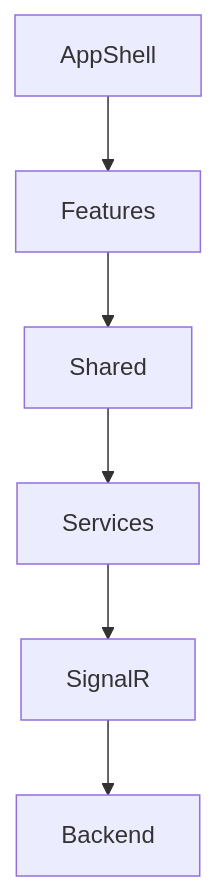
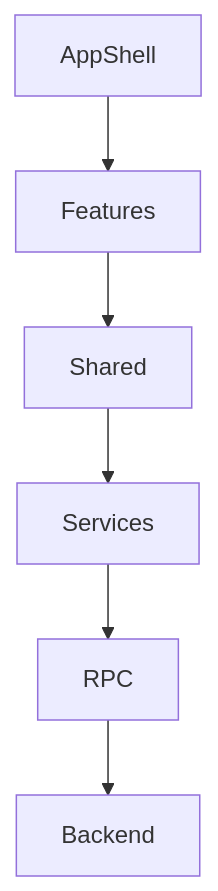
The diagram in frontend/docs/en/overview.md (thnhmai06/SlideGenerator), drawn with Mermaid before and after one commit. The commit also changed other lines of this file and 286 other files, not shown here.

````diff
--- a/frontend/docs/en/overview.md
+++ b/frontend/docs/en/overview.md
@@ -18,8 +18,8 @@
 ```mermaid
 graph TD
     AppShell --> Features
     Features --> Shared
     Shared --> Services
-    Services --> SignalR
-    SignalR --> Backend
+    Services --> RPC
+    RPC --> Backend
 ```
````
